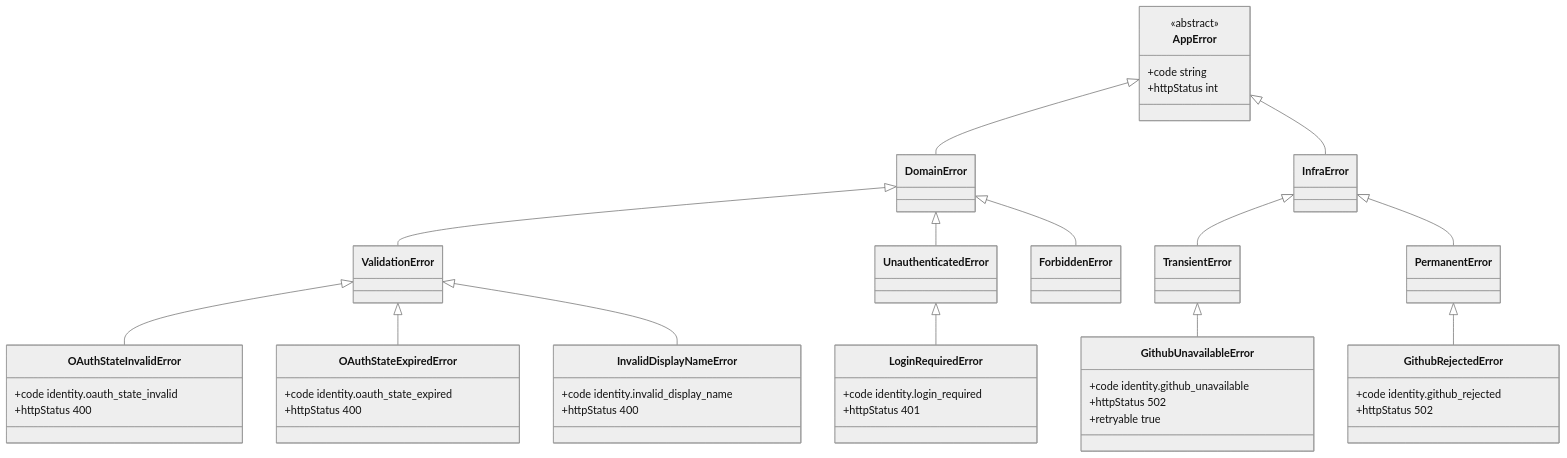
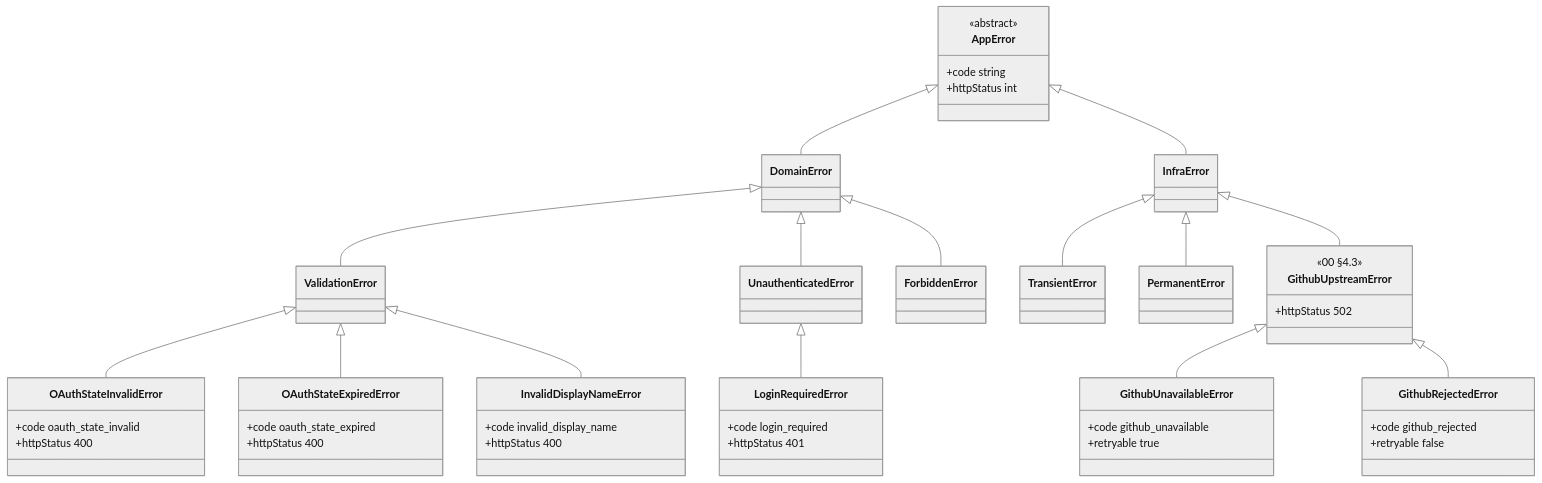
One commit to 1985jwlee/portpolio_backend changed the fifth of 37 diagrams in docs/design/features/10-identity.md. Above: the diagram before and after it, drawn with Mermaid (neutral theme). The commit also changed other lines of this file and 33 other files, not shown here.

````diff
--- a/docs/design/features/10-identity.md
+++ b/docs/design/features/10-identity.md
@@ -370,54 +370,58 @@
 ```mermaid
 classDiagram
     class AppError {
         <<abstract>>
         +code string
         +httpStatus int
     }
     class DomainError
     class InfraError
     class ValidationError
     class UnauthenticatedError
     class ForbiddenError
     class TransientError
     class PermanentError
     AppError <|-- DomainError
     AppError <|-- InfraError
     DomainError <|-- ValidationError
     DomainError <|-- UnauthenticatedError
     DomainError <|-- ForbiddenError
     InfraError <|-- TransientError
     InfraError <|-- PermanentError
 
     class OAuthStateInvalidError {
-        +code identity.oauth_state_invalid
+        +code oauth_state_invalid
         +httpStatus 400
     }
     class OAuthStateExpiredError {
-        +code identity.oauth_state_expired
+        +code oauth_state_expired
         +httpStatus 400
     }
     class InvalidDisplayNameError {
-        +code identity.invalid_display_name
+        +code invalid_display_name
         +httpStatus 400
     }
     class LoginRequiredError {
-        +code identity.login_required
+        +code login_required
         +httpStatus 401
     }
+    class GithubUpstreamError {
+        <<00 §4.3>>
+        +httpStatus 502
+    }
     class GithubUnavailableError {
-        +code identity.github_unavailable
-        +httpStatus 502
+        +code github_unavailable
         +retryable true
     }
     class GithubRejectedError {
-        +code identity.github_rejected
-        +httpStatus 502
+        +code github_rejected
+        +retryable false
     }
     ValidationError <|-- OAuthStateInvalidError
     ValidationError <|-- OAuthStateExpiredError
     ValidationError <|-- InvalidDisplayNameError
     UnauthenticatedError <|-- LoginRequiredError
-    TransientError <|-- GithubUnavailableError
-    PermanentError <|-- GithubRejectedError
+    InfraError <|-- GithubUpstreamError
+    GithubUpstreamError <|-- GithubUnavailableError
+    GithubUpstreamError <|-- GithubRejectedError
 ```
````
